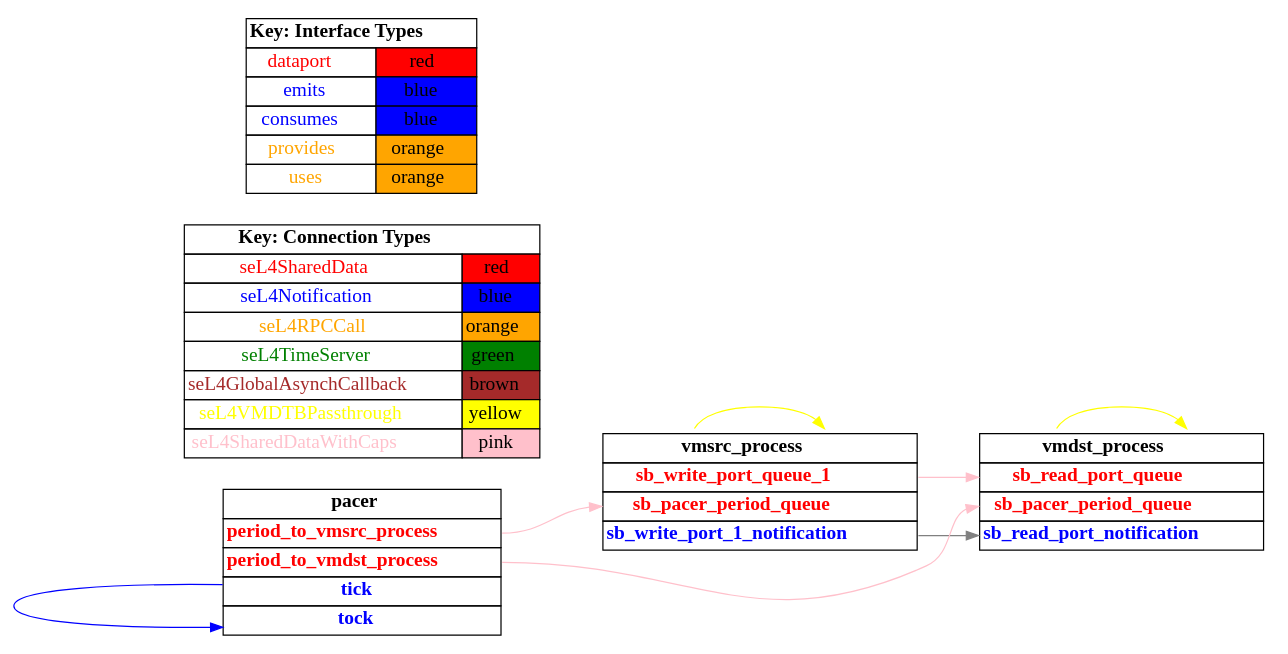
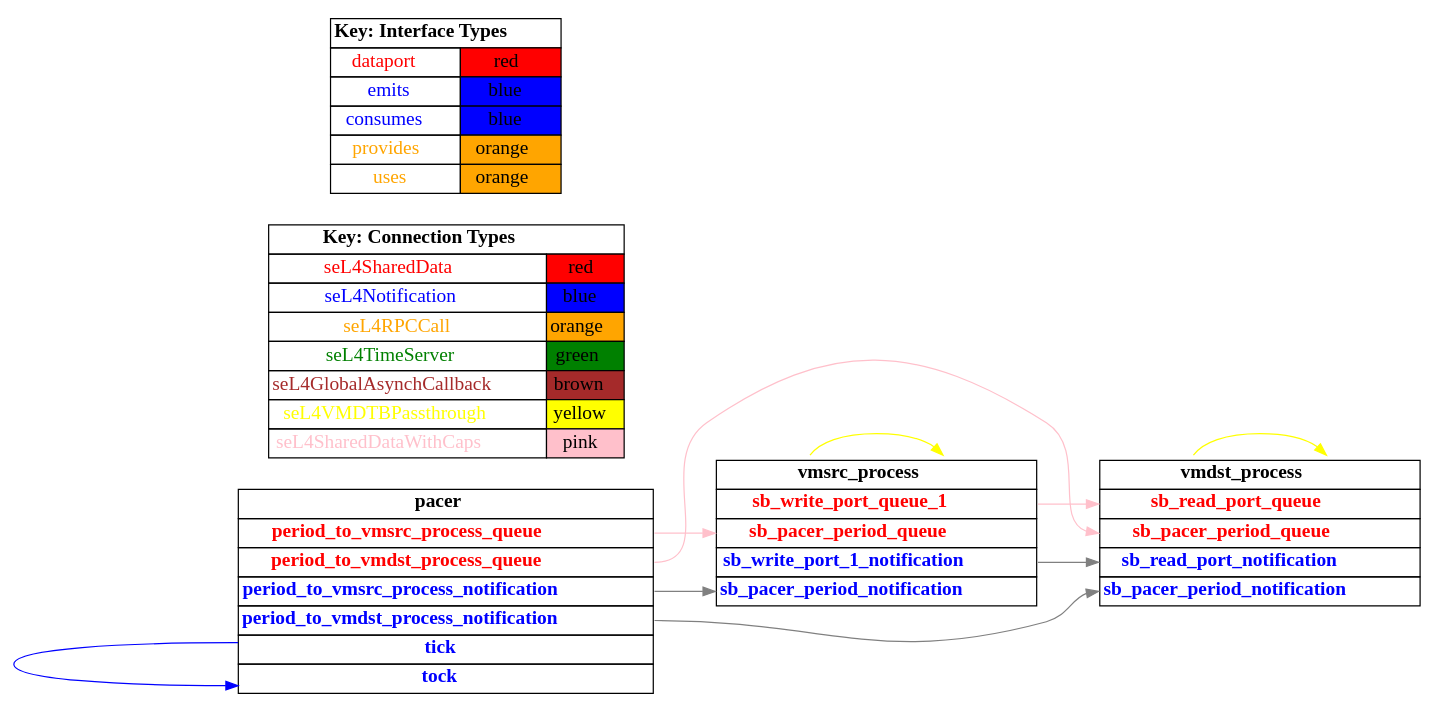
One commit to loonwerks/CASE changed the diagram in TA5/tool-evaluation-4/HAMR/examples/test_event_data_port_periodic_domains_VM/both_vm/CAmkES_seL4/src/c/CAmkES_seL4/graph_simple.dot. Above: the diagram before and after it, drawn with Graphviz. The commit also changed 91 other files, not shown here.

```diff
--- a/TA5/tool-evaluation-4/HAMR/examples/test_event_data_port_periodic_domains_VM/both_vm/CAmkES_seL4/src/c/CAmkES_seL4/graph_simple.dot
+++ b/TA5/tool-evaluation-4/HAMR/examples/test_event_data_port_periodic_domains_VM/both_vm/CAmkES_seL4/src/c/CAmkES_seL4/graph_simple.dot
@@ -1,122 +1,138 @@
 digraph g {
 graph [
   overlap = false,
   rankdir = "LR"
 ];
 node [
   fontsize = "16",
   shape = "ellipse"
 ];
 edge [
 ];
 
 vmsrc_process [
   label=<
     <TABLE BORDER="0" CELLBORDER="1" CELLSPACING="0">
       <TR><TD><B>vmsrc_process</B></TD></TR>
       <TR><TD PORT="sb_write_port_queue_1"><FONT COLOR="red"><B>sb_write_port_queue_1</B></FONT></TD></TR>
       <TR><TD PORT="sb_pacer_period_queue"><FONT COLOR="red"><B>sb_pacer_period_queue</B></FONT></TD></TR>
-      <TR><TD PORT="sb_write_port_1_notification"><FONT COLOR="blue"><B>sb_write_port_1_notification</B></FONT></TD></TR>"
+      <TR><TD PORT="sb_write_port_1_notification"><FONT COLOR="blue"><B>sb_write_port_1_notification</B></FONT></TD></TR>
+      <TR><TD PORT="sb_pacer_period_notification"><FONT COLOR="blue"><B>sb_pacer_period_notification</B></FONT></TD></TR>"
     </TABLE>
   >
   shape=plaintext
 ];
 
 vmdst_process [
   label=<
     <TABLE BORDER="0" CELLBORDER="1" CELLSPACING="0">
       <TR><TD><B>vmdst_process</B></TD></TR>
       <TR><TD PORT="sb_read_port_queue"><FONT COLOR="red"><B>sb_read_port_queue</B></FONT></TD></TR>
       <TR><TD PORT="sb_pacer_period_queue"><FONT COLOR="red"><B>sb_pacer_period_queue</B></FONT></TD></TR>
-      <TR><TD PORT="sb_read_port_notification"><FONT COLOR="blue"><B>sb_read_port_notification</B></FONT></TD></TR>"
+      <TR><TD PORT="sb_read_port_notification"><FONT COLOR="blue"><B>sb_read_port_notification</B></FONT></TD></TR>
+      <TR><TD PORT="sb_pacer_period_notification"><FONT COLOR="blue"><B>sb_pacer_period_notification</B></FONT></TD></TR>"
     </TABLE>
   >
   shape=plaintext
 ];
 
 pacer [
   label=<
     <TABLE BORDER="0" CELLBORDER="1" CELLSPACING="0">
       <TR><TD><B>pacer</B></TD></TR>
-      <TR><TD PORT="period_to_vmsrc_process"><FONT COLOR="red"><B>period_to_vmsrc_process</B></FONT></TD></TR>
-      <TR><TD PORT="period_to_vmdst_process"><FONT COLOR="red"><B>period_to_vmdst_process</B></FONT></TD></TR>
+      <TR><TD PORT="period_to_vmsrc_process_queue"><FONT COLOR="red"><B>period_to_vmsrc_process_queue</B></FONT></TD></TR>
+      <TR><TD PORT="period_to_vmdst_process_queue"><FONT COLOR="red"><B>period_to_vmdst_process_queue</B></FONT></TD></TR>
+      <TR><TD PORT="period_to_vmsrc_process_notification"><FONT COLOR="blue"><B>period_to_vmsrc_process_notification</B></FONT></TD></TR>
+      <TR><TD PORT="period_to_vmdst_process_notification"><FONT COLOR="blue"><B>period_to_vmdst_process_notification</B></FONT></TD></TR>
       <TR><TD PORT="tick"><FONT COLOR="blue"><B>tick</B></FONT></TD></TR>
       <TR><TD PORT="tock"><FONT COLOR="blue"><B>tock</B></FONT></TD></TR>"
     </TABLE>
   >
   shape=plaintext
 ];
 
 connectiontypekey [
   label=<
    <TABLE BORDER="0" CELLBORDER="1" CELLSPACING="0">
      <TR><TD COLSPAN="2"><B>Key: Connection Types</B></TD></TR>
      <TR><TD><FONT COLOR="red">seL4SharedData</FONT></TD><TD BGCOLOR="red">red</TD></TR>
      <TR><TD><FONT COLOR="blue">seL4Notification</FONT></TD><TD BGCOLOR="blue">blue</TD></TR>
      <TR><TD><FONT COLOR="orange">seL4RPCCall</FONT></TD><TD BGCOLOR="orange">orange</TD></TR>
      <TR><TD><FONT COLOR="green">seL4TimeServer</FONT></TD><TD BGCOLOR="green">green</TD></TR>
      <TR><TD><FONT COLOR="brown">seL4GlobalAsynchCallback</FONT></TD><TD BGCOLOR="brown">brown</TD></TR>
      <TR><TD><FONT COLOR="yellow">seL4VMDTBPassthrough</FONT></TD><TD BGCOLOR="yellow">yellow</TD></TR>
      <TR><TD><FONT COLOR="pink">seL4SharedDataWithCaps</FONT></TD><TD BGCOLOR="pink">pink</TD></TR>
    </TABLE>
   >
   shape=plaintext
 ];
 
 interfacetypekey [
   label=<
    <TABLE BORDER="0" CELLBORDER="1" CELLSPACING="0">
      <TR><TD COLSPAN="2"><B>Key: Interface Types</B></TD></TR>
      <TR><TD><FONT COLOR="red">dataport</FONT></TD><TD BGCOLOR="red">red</TD></TR>
      <TR><TD><FONT COLOR="blue">emits</FONT></TD><TD BGCOLOR="blue">blue</TD></TR>
      <TR><TD><FONT COLOR="blue">consumes</FONT></TD><TD BGCOLOR="blue">blue</TD></TR>
      <TR><TD><FONT COLOR="orange">provides</FONT></TD><TD BGCOLOR="orange">orange</TD></TR>
      <TR><TD><FONT COLOR="orange">uses</FONT></TD><TD BGCOLOR="orange">orange</TD></TR>
    </TABLE>
   >
   shape=plaintext
 ];
 
 "vmsrc_process":dtb_self -> "vmsrc_process":dtb [
   color="yellow"
   //label = "seL4VMDTBPassthrough"
   id = conn1
 ];
 
 "vmdst_process":dtb_self -> "vmdst_process":dtb [
   color="yellow"
   //label = "seL4VMDTBPassthrough"
   id = conn2
 ];
 
 "vmsrc_process":sb_write_port_1_notification -> "vmdst_process":sb_read_port_notification [
   color="grey"
   //label = "seL4GlobalAsynch"
   id = conn3
 ];
 
 "vmsrc_process":sb_write_port_queue_1 -> "vmdst_process":sb_read_port_queue [
   color="pink"
   //label = "seL4SharedDataWithCaps"
   id = conn4
 ];
 
 "pacer":tick -> "pacer":tock [
   color="blue"
   //label = "seL4Notification"
   id = conn5
 ];
 
-"pacer":period_to_vmsrc_process -> "vmsrc_process":sb_pacer_period_queue [
-  color="pink"
-  //label = "seL4SharedDataWithCaps"
+"pacer":period_to_vmsrc_process_notification -> "vmsrc_process":sb_pacer_period_notification [
+  color="grey"
+  //label = "seL4GlobalAsynch"
   id = conn6
 ];
 
-"pacer":period_to_vmdst_process -> "vmdst_process":sb_pacer_period_queue [
+"pacer":period_to_vmsrc_process_queue -> "vmsrc_process":sb_pacer_period_queue [
   color="pink"
   //label = "seL4SharedDataWithCaps"
   id = conn7
 ];
 
+"pacer":period_to_vmdst_process_notification -> "vmdst_process":sb_pacer_period_notification [
+  color="grey"
+  //label = "seL4GlobalAsynch"
+  id = conn8
+];
+
+"pacer":period_to_vmdst_process_queue -> "vmdst_process":sb_pacer_period_queue [
+  color="pink"
+  //label = "seL4SharedDataWithCaps"
+  id = conn9
+];
+
 }
```
